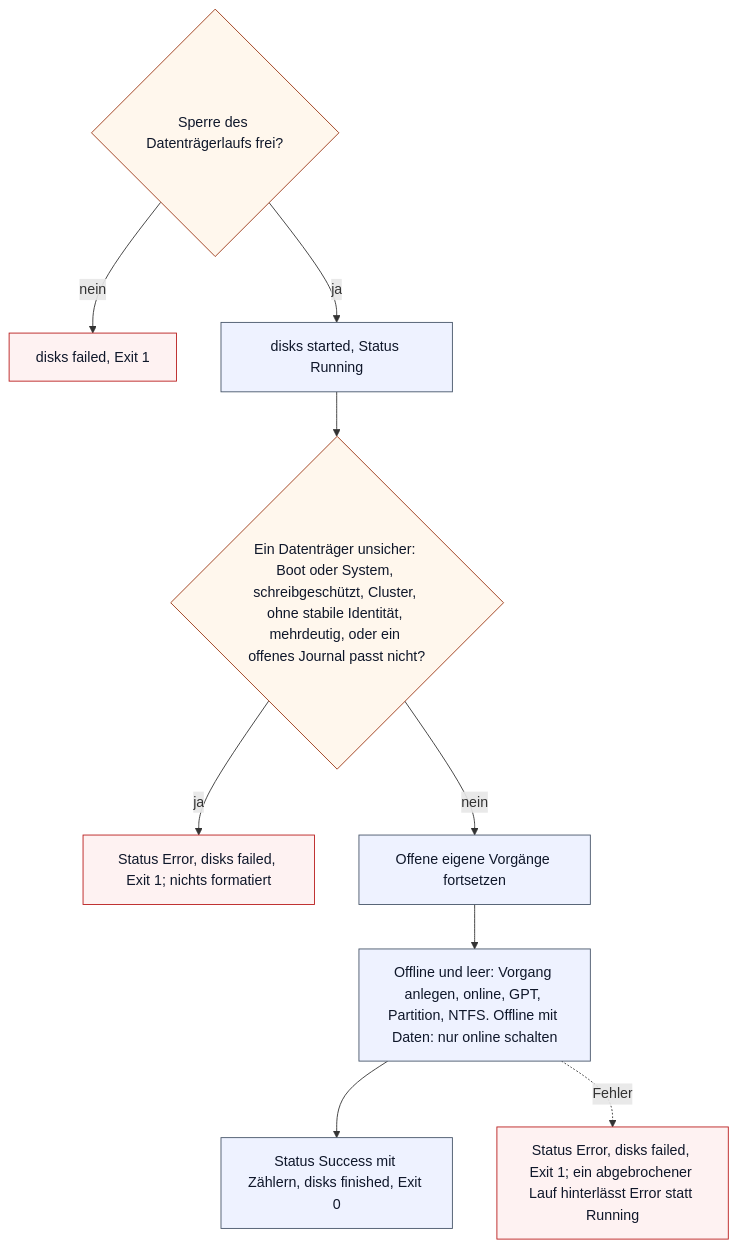
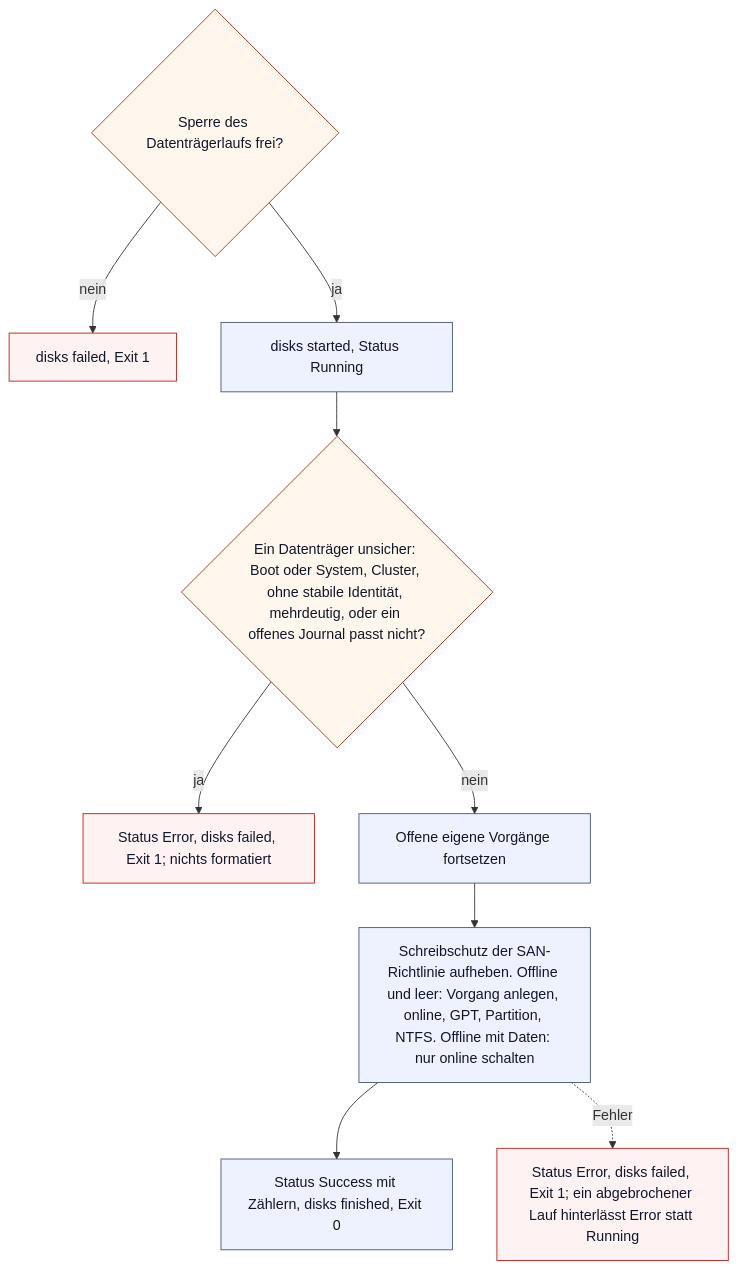
Before and after one commit to Samy94M/VirtuSphere-v2-WebApp: the fourth of 7 diagrams in docs/operations/client-flows.md, drawn with Mermaid. The commit also changed 4 other files, not shown here.

First line of the commit message:
Clear the SAN-policy write protection before bringing new data disks online (PS-15)

````diff
--- a/docs/operations/client-flows.md
+++ b/docs/operations/client-flows.md
@@ -87,17 +87,17 @@
 ```mermaid
 flowchart TD
     lock{"Sperre des Datenträgerlaufs frei?"} -->|nein| failed_lock["disks failed, Exit 1"]
     lock -->|ja| running["disks started, Status Running"]
-    running --> blockers{"Ein Datenträger unsicher: Boot oder System, schreibgeschützt, Cluster, ohne stabile Identität, mehrdeutig, oder ein offenes Journal passt nicht?"}
+    running --> blockers{"Ein Datenträger unsicher: Boot oder System, Cluster, ohne stabile Identität, mehrdeutig, oder ein offenes Journal passt nicht?"}
     blockers -->|ja| failed_block["Status Error, disks failed, Exit 1; nichts formatiert"]
     blockers -->|nein| resume["Offene eigene Vorgänge fortsetzen"]
-    resume --> offline["Offline und leer: Vorgang anlegen, online, GPT, Partition, NTFS. Offline mit Daten: nur online schalten"]
+    resume --> offline["Schreibschutz der SAN-Richtlinie aufheben. Offline und leer: Vorgang anlegen, online, GPT, Partition, NTFS. Offline mit Daten: nur online schalten"]
     offline --> success["Status Success mit Zählern, disks finished, Exit 0"]
     offline -.->|Fehler| failed_run["Status Error, disks failed, Exit 1; ein abgebrochener Lauf hinterlässt Error statt Running"]
     classDef step fill:#eef2ff,stroke:#475569,color:#0f172a;
     classDef decision fill:#fff7ed,stroke:#9a3412,color:#0f172a;
     classDef blocked fill:#fef2f2,stroke:#b91c1c,color:#0f172a;
     class running,resume,offline,success step;
     class lock,blockers decision;
     class failed_lock,failed_block,failed_run blocked;
 ```
````
